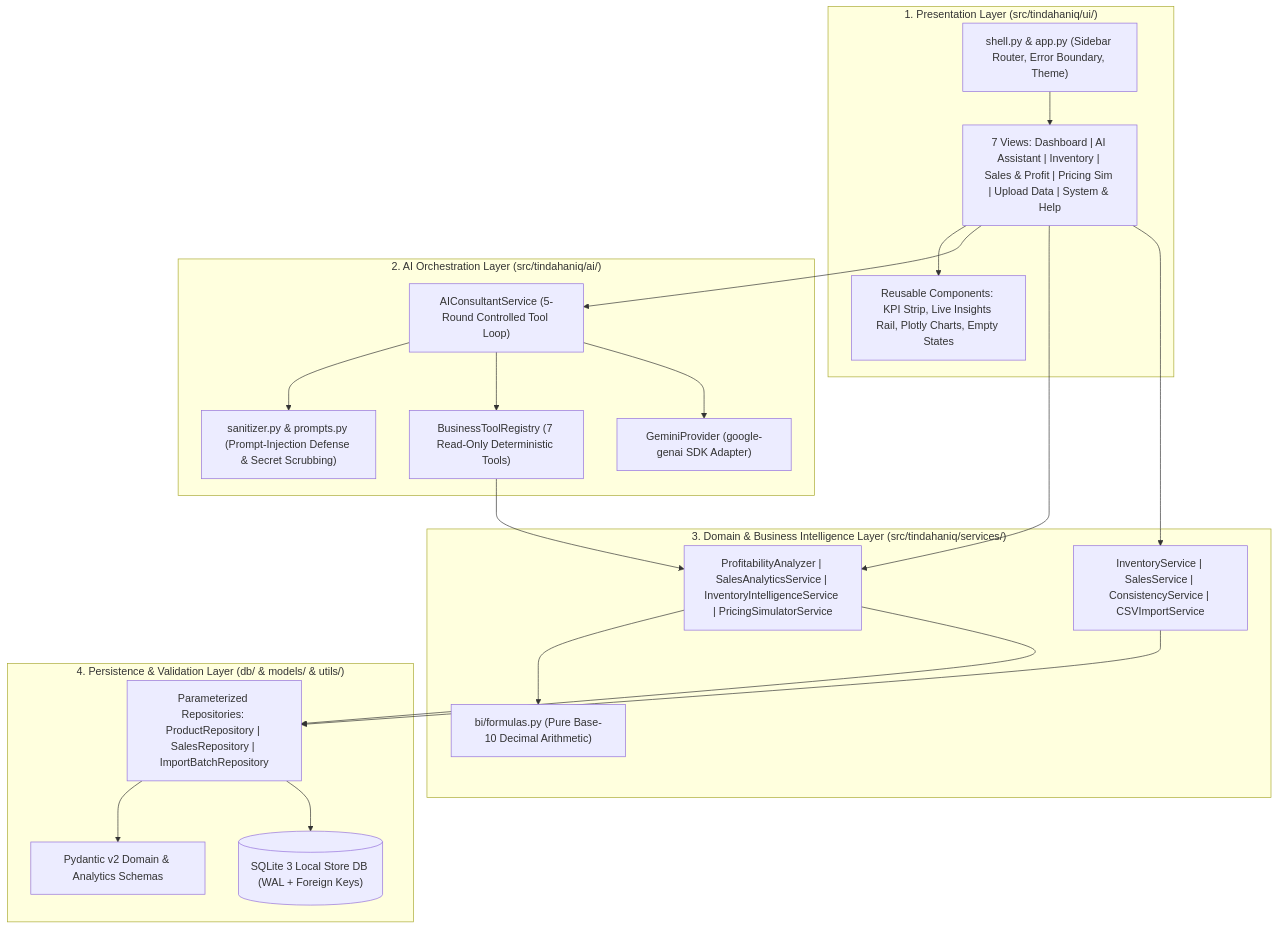
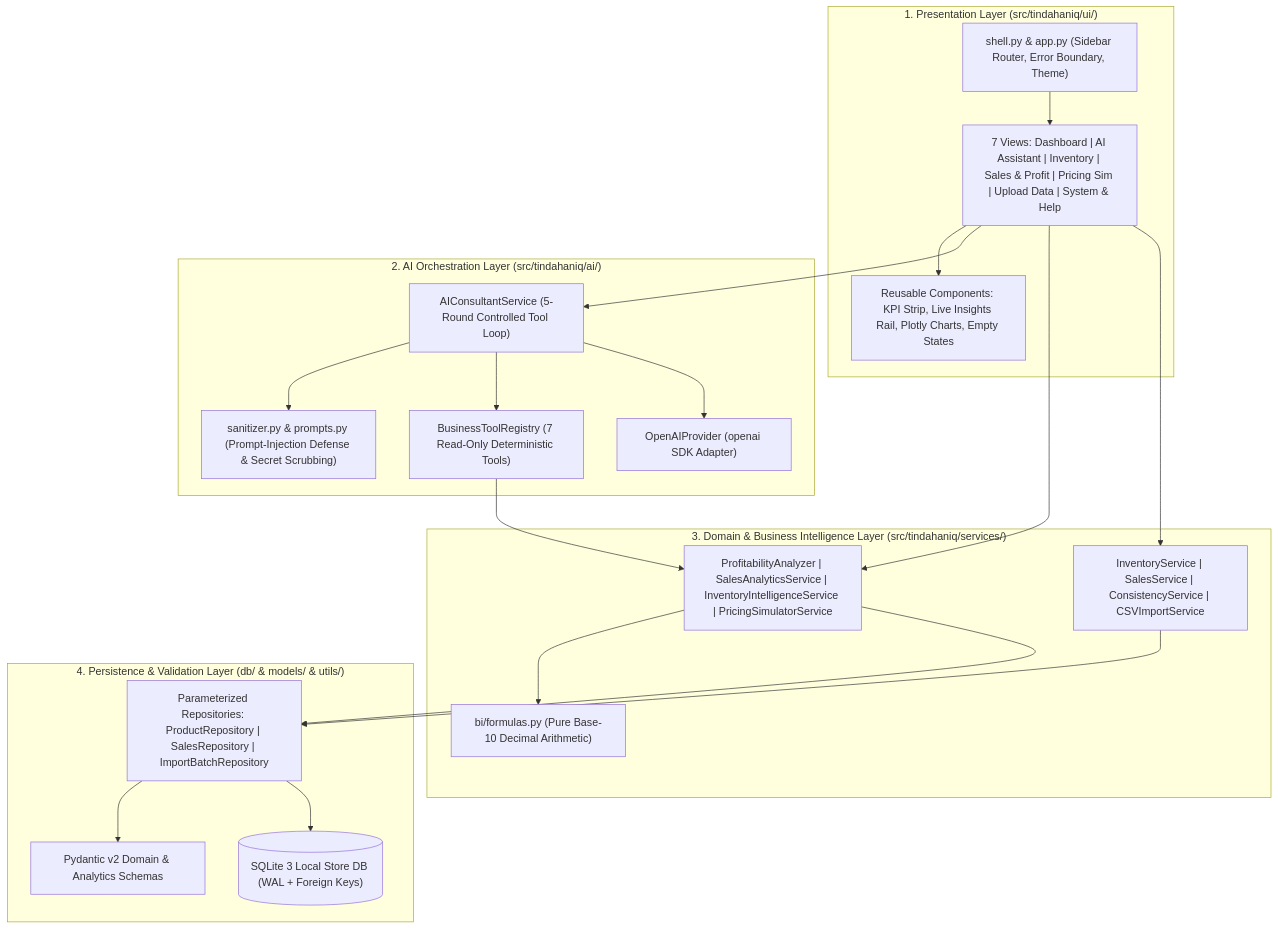
The diagram in docs/architecture.md (Leandrozxc/TindahanIQ), drawn with Mermaid before and after one commit. The commit also changed other lines of this file and 15 other files, not shown here.

Commit message:
feat(ai): switch AI inference from Gemini to OpenAI-compatible gpt-6-luna

````diff
--- a/docs/architecture.md
+++ b/docs/architecture.md
@@ -7,43 +7,43 @@
 ```mermaid
 flowchart TD
     subgraph Presentation["1. Presentation Layer (src/tindahaniq/ui/)"]
         Shell["shell.py & app.py (Sidebar Router, Error Boundary, Theme)"]
         Pages["7 Views: Dashboard | AI Assistant | Inventory | Sales & Profit | Pricing Sim | Upload Data | System & Help"]
         Components["Reusable Components: KPI Strip, Live Insights Rail, Plotly Charts, Empty States"]
     end
 
     subgraph AI["2. AI Orchestration Layer (src/tindahaniq/ai/)"]
         Consultant["AIConsultantService (5-Round Controlled Tool Loop)"]
         Sanitizer["sanitizer.py & prompts.py (Prompt-Injection Defense & Secret Scrubbing)"]
         Tools["BusinessToolRegistry (7 Read-Only Deterministic Tools)"]
-        Provider["GeminiProvider (google-genai SDK Adapter)"]
+        Provider["OpenAIProvider (openai SDK Adapter)"]
     end
 
     subgraph DomainBI["3. Domain & Business Intelligence Layer (src/tindahaniq/services/)"]
         Formulas["bi/formulas.py (Pure Base-10 Decimal Arithmetic)"]
         BI["ProfitabilityAnalyzer | SalesAnalyticsService | InventoryIntelligenceService | PricingSimulatorService"]
         Ops["InventoryService | SalesService | ConsistencyService | CSVImportService"]
     end
 
     subgraph Persistence["4. Persistence & Validation Layer (db/ & models/ & utils/)"]
         Schemas["Pydantic v2 Domain & Analytics Schemas"]
         Repos["Parameterized Repositories: ProductRepository | SalesRepository | ImportBatchRepository"]
         SQLite[("SQLite 3 Local Store DB (WAL + Foreign Keys)")]
     end
 
     Shell --> Pages --> Components
     Pages --> Consultant
     Pages --> BI
     Pages --> Ops
 
     Consultant --> Sanitizer
     Consultant --> Tools
     Consultant --> Provider
     Tools --> BI
 
     BI --> Formulas
     BI --> Repos
     Ops --> Repos
     Repos --> Schemas
     Repos --> SQLite
 ```
````
